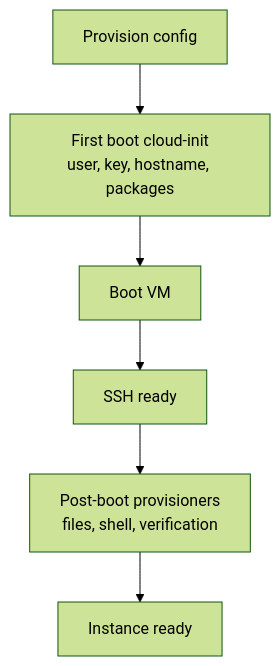
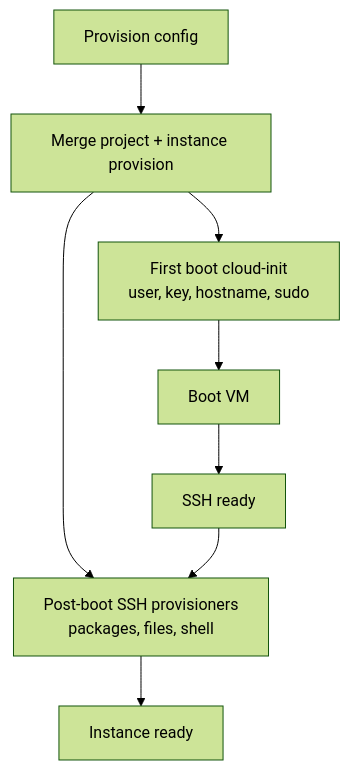
Before and after one commit to Twarga/yeast: the fourth of 6 diagrams in YEAST_TECHNICAL_ARCHITECTURE.md, drawn with Mermaid (forest theme). The commit also changed other lines of this file and 3 other files, not shown here.

````diff
--- a/YEAST_TECHNICAL_ARCHITECTURE.md
+++ b/YEAST_TECHNICAL_ARCHITECTURE.md
@@ -851,15 +896,18 @@
 ```mermaid
 flowchart TD
     Config["Provision config"]
-    CloudInit["First boot cloud-init\nuser, key, hostname, packages"]
+    Merge["Merge project + instance provision"]
+    CloudInit["First boot cloud-init\nuser, key, hostname, sudo"]
     Boot["Boot VM"]
     ReadySSH["SSH ready"]
-    SSHProvision["Post-boot provisioners\nfiles, shell, verification"]
+    SSHProvision["Post-boot SSH provisioners\npackages, files, shell"]
     Ready["Instance ready"]
 
-    Config --> CloudInit
+    Config --> Merge
+    Merge --> CloudInit
     CloudInit --> Boot
     Boot --> ReadySSH
+    Merge --> SSHProvision
     ReadySSH --> SSHProvision
     SSHProvision --> Ready
 ```
````
